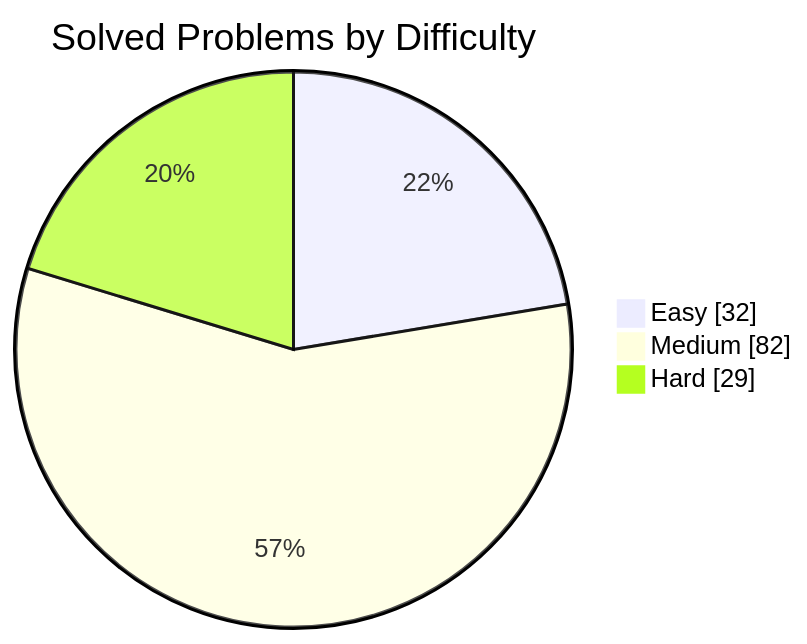
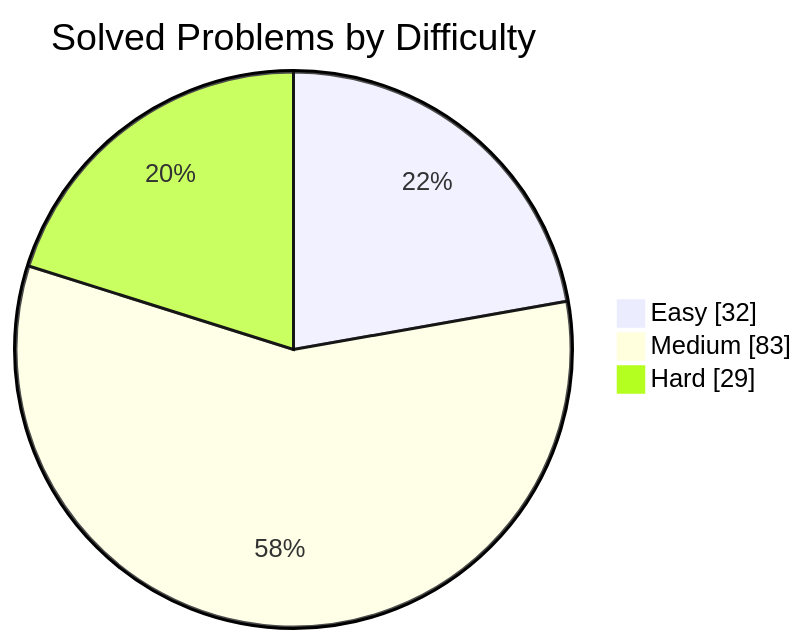
Before and after one commit to manikantbindass/DSA-Preparation-FAANG: the first of 2 diagrams in README.md, drawn with Mermaid. The commit also changed other lines of this file, not shown here.

````diff
--- a/README.md
+++ b/README.md
@@ -38,7 +38,7 @@
 ```mermaid
 pie showData
     title Solved Problems by Difficulty
     "Easy" : 32
-    "Medium" : 82
+    "Medium" : 83
     "Hard" : 29
 ```
````
